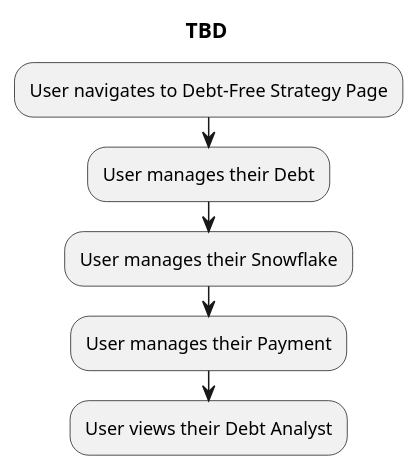
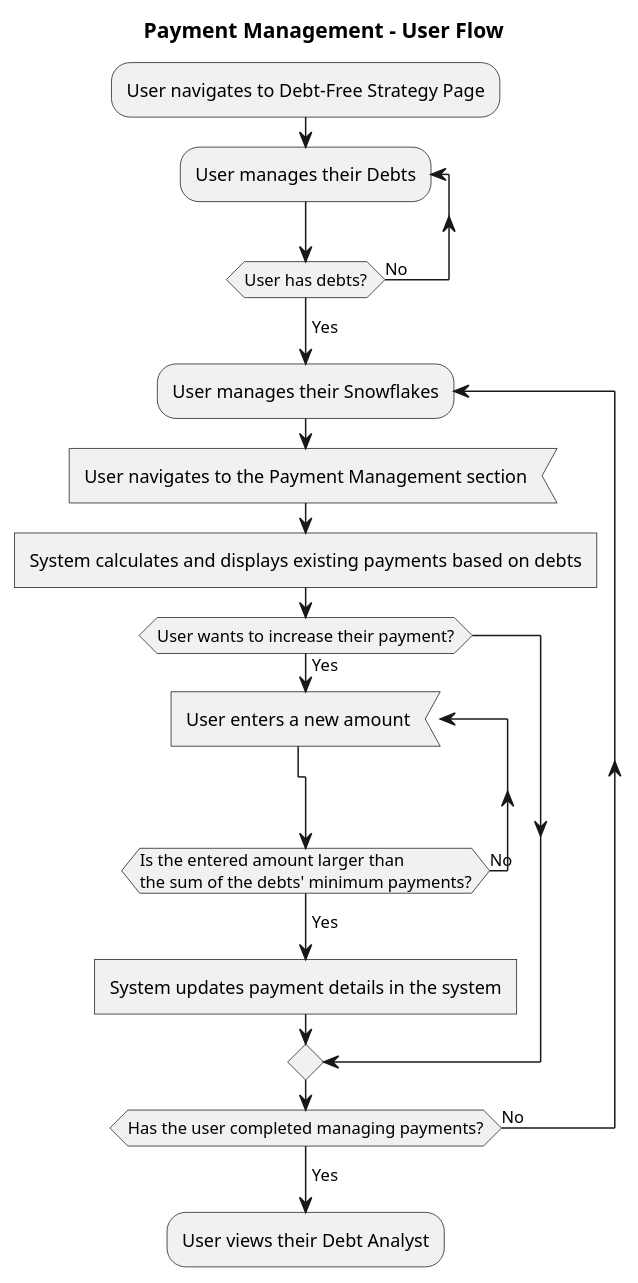
Before and after one commit to Guilderm/SnowballPlanner: the ninth of 9 diagrams in Documents/Product Requirements Document (PRD).md, drawn with PlantUML. The commit also changed other lines of this file, not shown here.

Commit message:
updated Payment Management

````diff
--- a/Documents/Product Requirements Document (PRD).md
+++ b/Documents/Product Requirements Document (PRD).md
@@ -880,13 +875,31 @@
 ```plantuml
 @startuml
-title TBD
+title Payment Management - User Flow
+
+:User navigates to Debt-Free Strategy Page;
 
 
-  :User navigates to Debt-Free Strategy Page;
-  :User manages their Debt;
-  :User manages their Snowflake;
-  :User manages their Payment;
-  :User views their Debt Analyst;
+repeat :User manages their Debts;
+repeat while (User has debts?) is (No)
+  -> Yes;
+
+repeat :User manages their Snowflakes;
+
+:User navigates to the Payment Management section; <<input>>
+
+:System calculates and displays existing payments based on debts; <<task>>
+
+if (User wants to increase their payment?) then (Yes)
+  repeat :User enters a new amount; <<input>>
+  repeat while (Is the entered amount larger than \nthe sum of the debts' minimum payments?) is (No)
+    -> Yes;
+  :System updates payment details in the system; <<task>>
+endif
+
+repeat while (Has the user completed managing payments?) is (No)
+  -> Yes;
+
+:User views their Debt Analyst;
 
 @enduml
 ```
````
